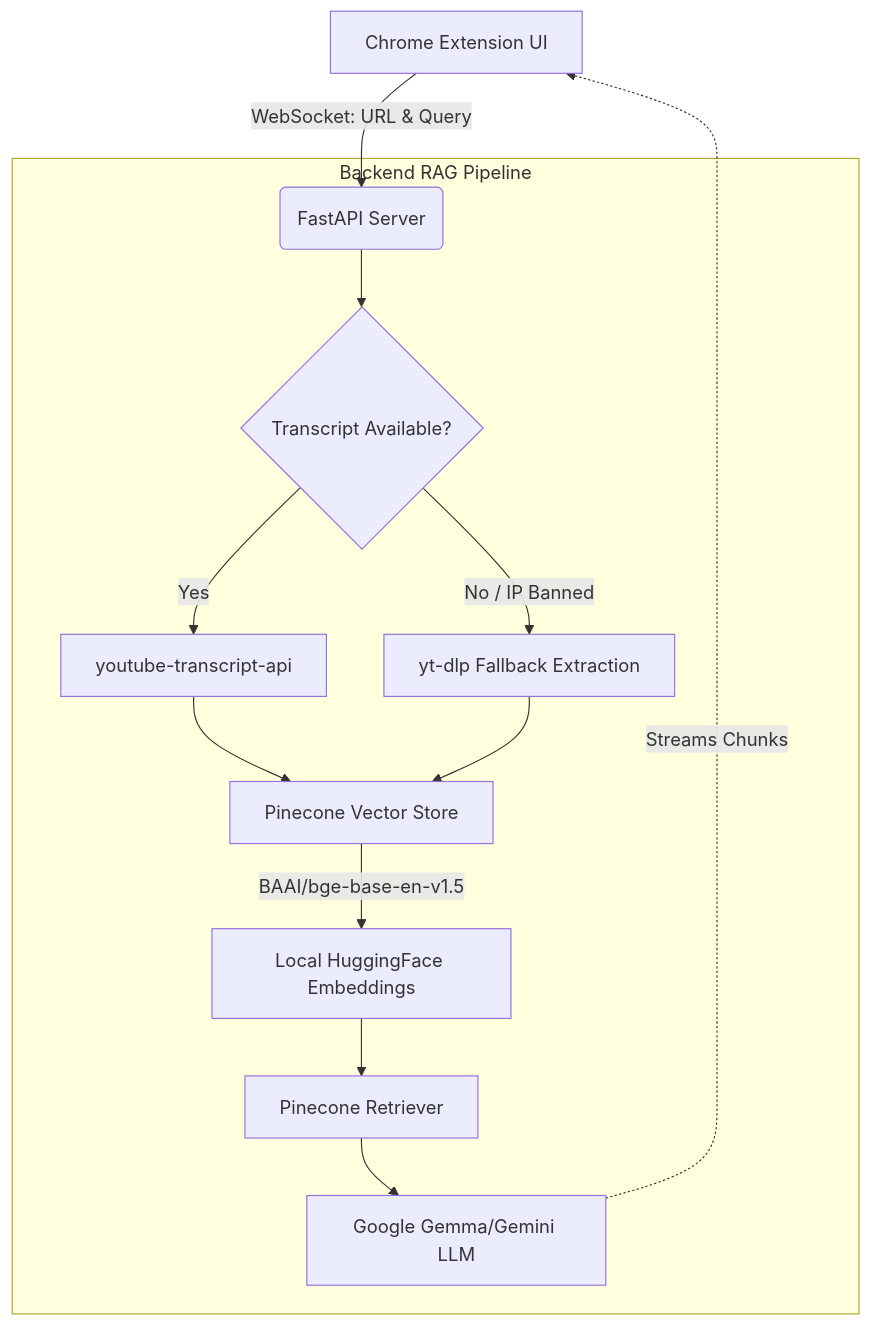
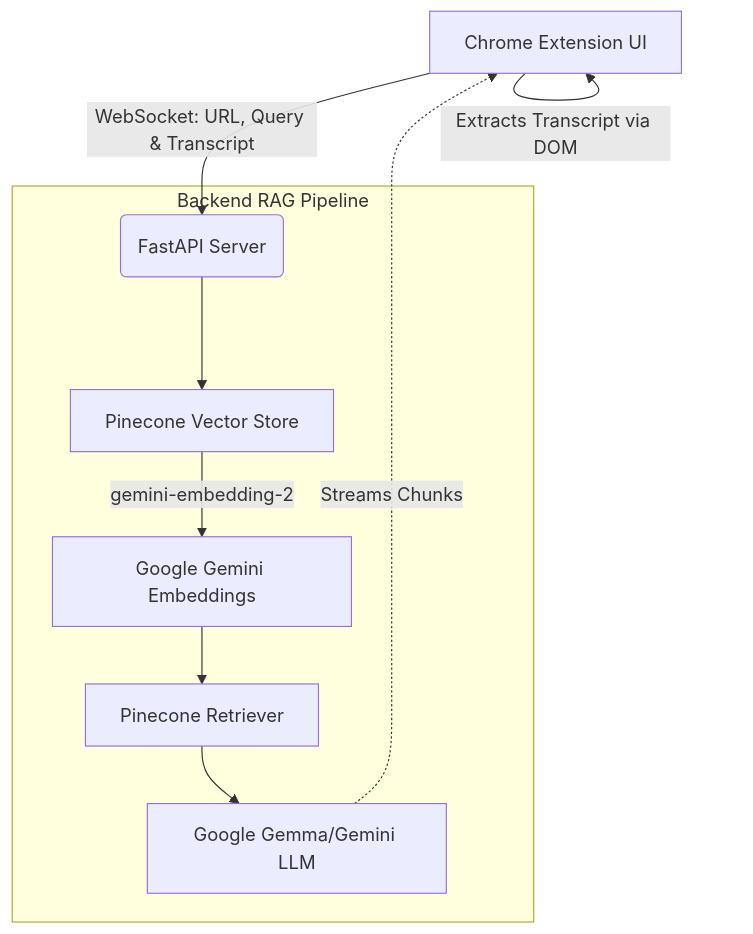
One commit to AyyanAfzal/yt_assistant_plugin changed the diagram in README.md. Above: the diagram before and after it, drawn with Mermaid. The commit also changed other lines of this file, not shown here.

Commit message:
Update README with final robust architecture (DOM extraction, Pinecone 3072, Typewriter Stream, API Scaling)

````diff
--- a/README.md
+++ b/README.md
@@ -43,20 +44,16 @@
 ```mermaid
 graph TD
-    A[Chrome Extension UI] -->|WebSocket: URL & Query| B(FastAPI Server)
+    A[Chrome Extension UI] -->|Extracts Transcript via DOM| A
+    A -->|WebSocket: URL, Query & Transcript| B(FastAPI Server)
     
     subgraph "Backend RAG Pipeline"
-        B --> C{Transcript Available?}
-        C -->|Yes| D[youtube-transcript-api]
-        C -->|No / IP Banned| E[yt-dlp Fallback Extraction]
+        B --> F[Pinecone Vector Store]
         
-        D --> F[Pinecone Vector Store]
-        E --> F
-        
-        F -->|BAAI/bge-base-en-v1.5| G[Local HuggingFace Embeddings]
+        F -->|gemini-embedding-2| G[Google Gemini Embeddings]
         G --> H[Pinecone Retriever]
         
         H --> J[Google Gemma/Gemini LLM]
     end
     
     J -.->|Streams Chunks| A
 ```
````
